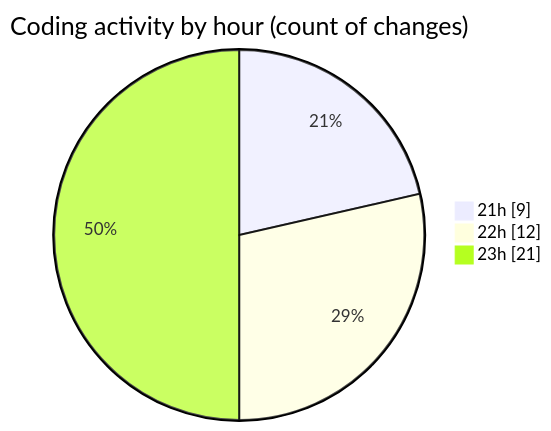
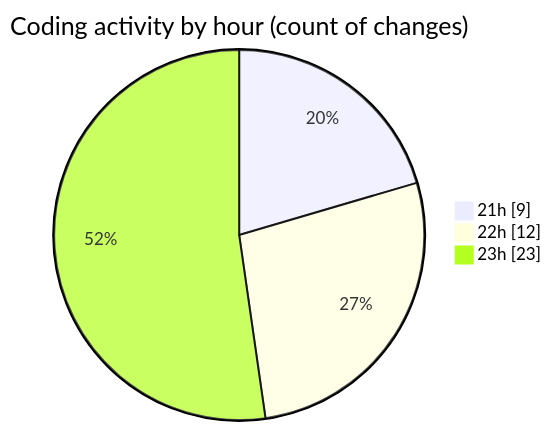
Before and after one commit to idhammustaqopulfikri/code-tracking: the second of 2 diagrams in 2025-03-29/autodidak/README.md, drawn with Mermaid. The commit also changed other lines of this file and 1 other file, not shown here.

````diff
--- a/2025-03-29/autodidak/README.md
+++ b/2025-03-29/autodidak/README.md
@@ -37,7 +37,7 @@
 ```mermaid
 pie showData
 title Coding activity by hour (count of changes)
 "21h" : 9
 "22h" : 12
-"23h" : 21
+"23h" : 23
 ```
````
